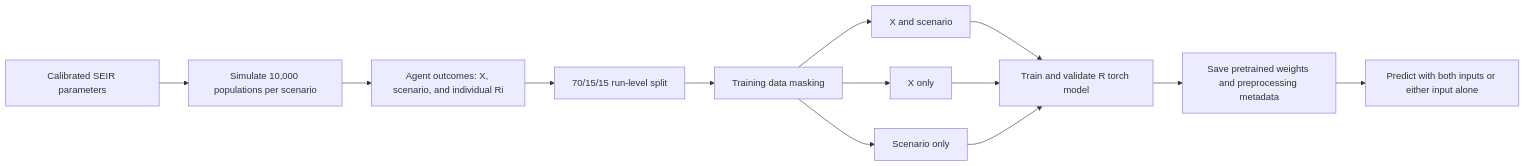
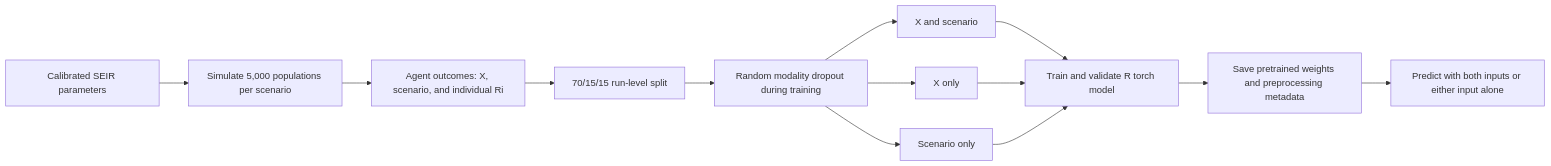
The diagram in README.md (UofUEpiBio/wellcome-leap), drawn with Mermaid before and after one commit. The commit also changed other lines of this file and 12 other files, not shown here.

First line of the commit message:
Train with torch modality dropout

````diff
--- a/README.md
+++ b/README.md
@@ -24,15 +24,15 @@
 ``` mermaid
 flowchart LR
-  A["Calibrated SEIR parameters"] --> B["Simulate 10,000 populations per scenario"]
+  A["Calibrated SEIR parameters"] --> B["Simulate 5,000 populations per scenario"]
   B --> C["Agent outcomes: X, scenario, and individual Ri"]
   C --> D["70/15/15 run-level split"]
-  D --> E["Training data masking"]
+  D --> E["Random modality dropout during training"]
   E --> E1["X and scenario"]
   E --> E2["X only"]
   E --> E3["Scenario only"]
   E1 --> F["Train and validate R torch model"]
   E2 --> F
   E3 --> F
   F --> G["Save pretrained weights and preprocessing metadata"]
   G --> H["Predict with both inputs or either input alone"]
 ```
````
